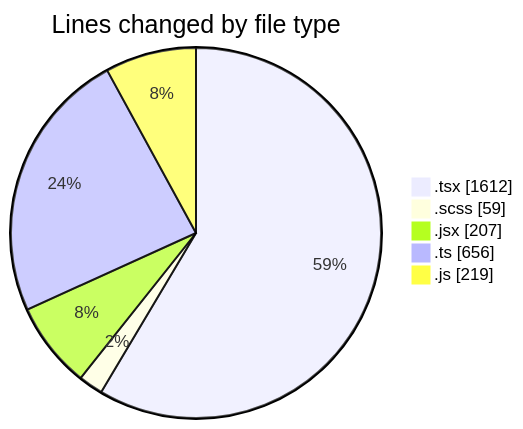
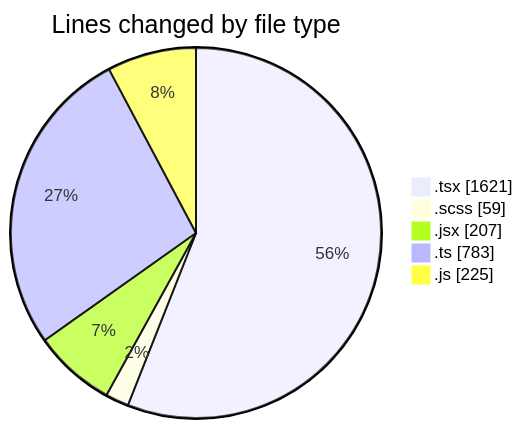
The first of 2 diagrams in 2026-07-23/cda/README.md (momahboobian/code-tracking), drawn with Mermaid before and after one commit. The commit also changed other lines of this file and 1 other file, not shown here.

````diff
--- a/2026-07-23/cda/README.md
+++ b/2026-07-23/cda/README.md
@@ -34,9 +34,9 @@
 ```mermaid
 pie showData
 title Lines changed by file type
-".tsx" : 1612
+".tsx" : 1621
 ".scss" : 59
 ".jsx" : 207
-".ts" : 656
-".js" : 219
+".ts" : 783
+".js" : 225
 ```
````
